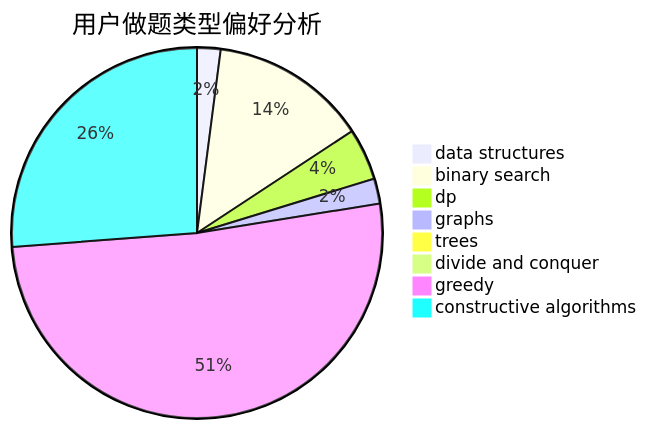
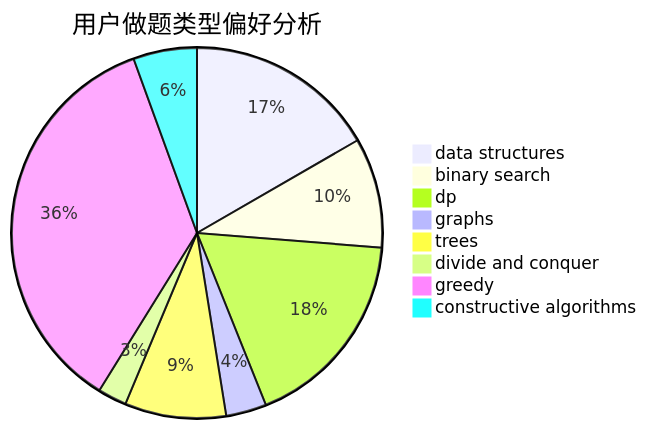
Before and after one commit to sherpahu/cfrs.github.io: the second of 3 diagrams in docs/user/u2334.md, drawn with Mermaid. The commit also changed other lines of this file and 2770 other files, not shown here.

````diff
--- a/docs/user/u2334.md
+++ b/docs/user/u2334.md
@@ -23,11 +23,11 @@
 ```mermaid
 pie title 用户做题类型偏好分析
-    "data structures" :  29
-    "binary search" :  194
-    "dp" :  64
-    "graphs" :  31
-    "trees" :  10
-    "divide and conquer" :  7
-    "greedy" :  727
-    "constructive algorithms" :  371
+    "data structures" :  66
+    "binary search" :  38
+    "dp" :  70
+    "graphs" :  14
+    "trees" :  35
+    "divide and conquer" :  10
+    "greedy" :  141
+    "constructive algorithms" :  22
 ```
````
